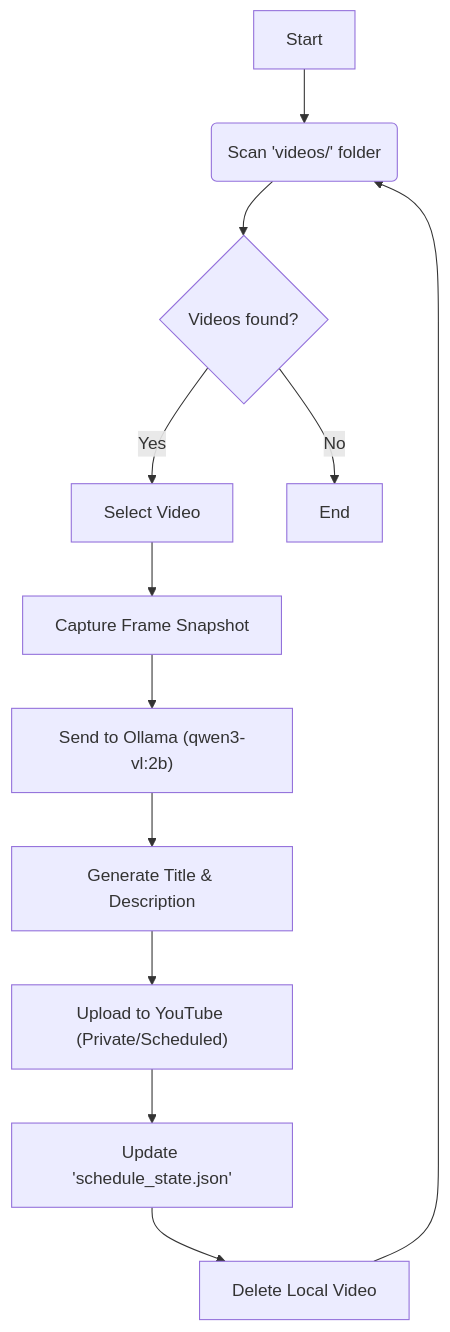
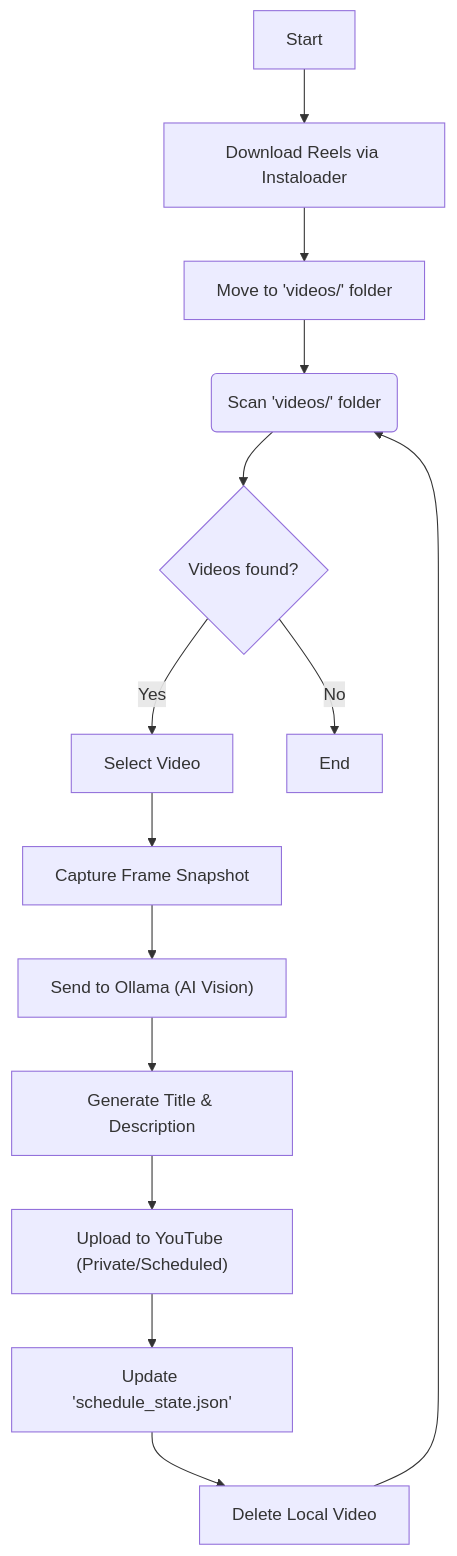
Before and after one commit to l145dev/reels-to-yt-uploader: the diagram in README.md, drawn with Mermaid. The commit also changed other lines of this file, not shown here.

Commit message:
docs: update docs to capture the project vision better

````diff
--- a/README.md
+++ b/README.md
@@ -5,14 +10,16 @@
 ```mermaid
 graph TD
-    A[Start] --> B(Scan 'videos/' folder)
-    B --> C{Videos found?}
-    C -- Yes --> D[Select Video]
-    C -- No --> Z[End]
-    D --> E[Capture Frame Snapshot]
-    E --> F["Send to Ollama (qwen3-vl:2b)"]
-    F --> G[Generate Title & Description]
-    G --> H["Upload to YouTube (Private/Scheduled)"]
-    H --> I[Update 'schedule_state.json']
-    I --> J[Delete Local Video]
-    J --> B
+    A[Start] --> B[Download Reels via Instaloader]
+    B --> C[Move to 'videos/' folder]
+    C --> D(Scan 'videos/' folder)
+    D --> E{Videos found?}
+    E -- Yes --> F[Select Video]
+    E -- No --> Z[End]
+    F --> G[Capture Frame Snapshot]
+    G --> H["Send to Ollama (AI Vision)"]
+    H --> I[Generate Title & Description]
+    I --> J["Upload to YouTube (Private/Scheduled)"]
+    J --> K[Update 'schedule_state.json']
+    K --> L[Delete Local Video]
+    L --> D
 ```
````
